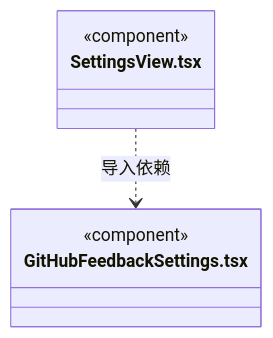
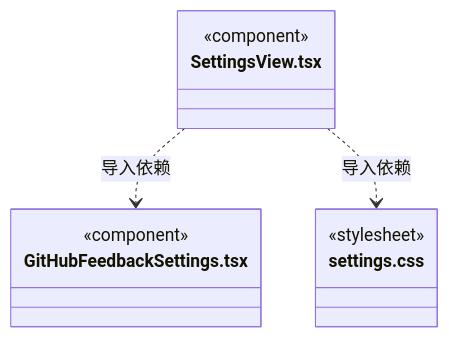
Diagram 16 of 17 in src/view/settings/ARCHITECTURE.md (nan023062/cbim), drawn with Mermaid before and after one commit. The commit also changed other lines of this file and 153 other files, not shown here.

````diff
--- a/src/view/settings/ARCHITECTURE.md
+++ b/src/view/settings/ARCHITECTURE.md
@@ -236,10 +258,14 @@
 ```mermaid
 classDiagram
 class N_src_view_settings_SettingsView_tsx["SettingsView.tsx"] {
   <<component>>
 }
 class N_src_view_settings_GitHubFeedbackSettings_tsx["GitHubFeedbackSettings.tsx"] {
   <<component>>
 }
+class N_src_view_settings_settings_css["settings.css"] {
+  <<stylesheet>>
+}
 N_src_view_settings_SettingsView_tsx ..> N_src_view_settings_GitHubFeedbackSettings_tsx : 导入依赖
+N_src_view_settings_SettingsView_tsx ..> N_src_view_settings_settings_css : 导入依赖
 ```
````
